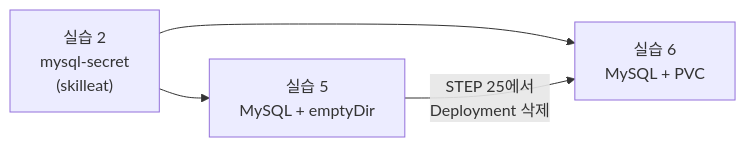
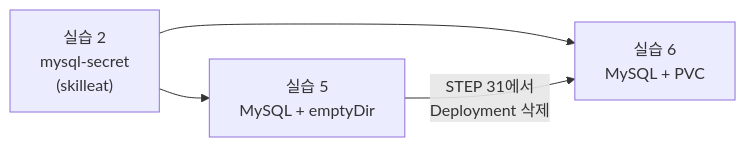
Before and after one commit to skilleat-labs/gwangju-k8s-5days: the diagram in docs/day4/index.md, drawn with Mermaid. The commit also changed other lines of this file and 46 other files, not shown here.

````diff
--- a/docs/day4/index.md
+++ b/docs/day4/index.md
@@ -65,6 +65,6 @@
 ```mermaid
 flowchart LR
   A["실습 2<br/>mysql-secret<br/>(skilleat)"] --> B["실습 5<br/>MySQL + emptyDir"]
   A --> C["실습 6<br/>MySQL + PVC"]
-  B -- "STEP 25에서<br/>Deployment 삭제" --> C
+  B -- "STEP 31에서<br/>Deployment 삭제" --> C
 ```
````
